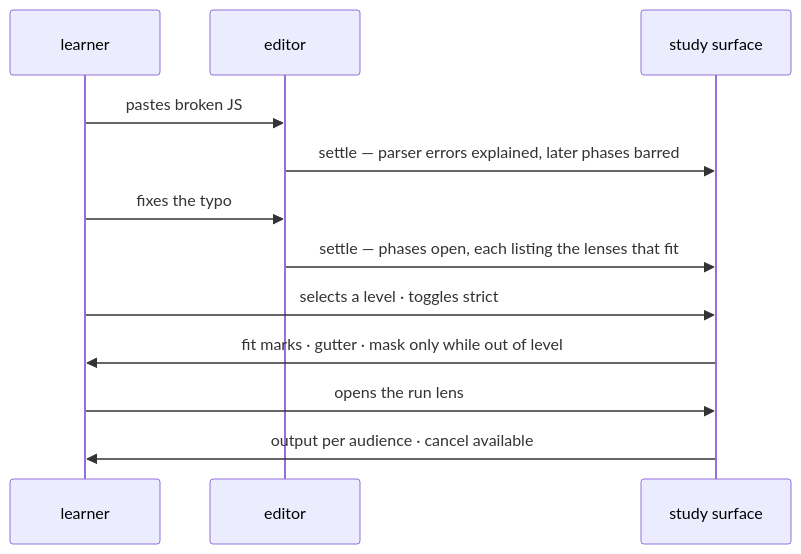
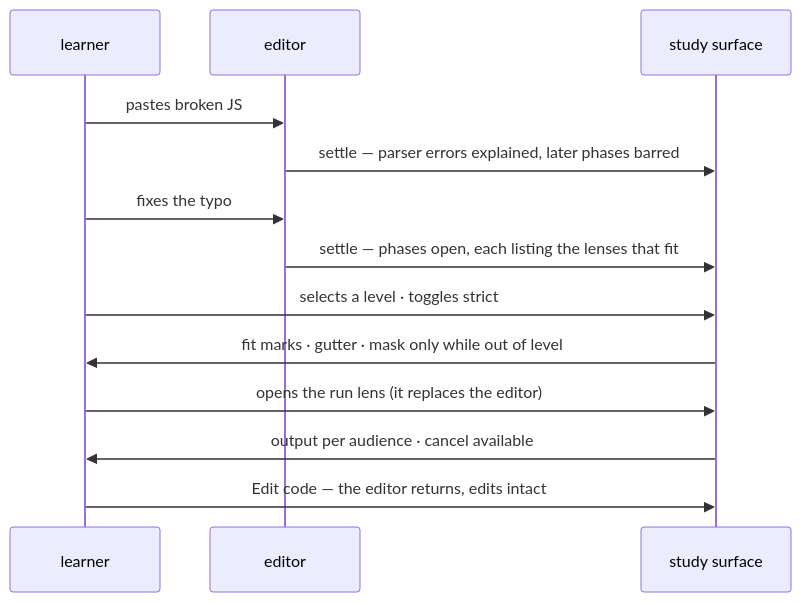
Before and after one commit to codeschoolinabox/curricula: the second of 2 diagrams in src/lib/study-lenses/WORKFLOWS.md, drawn with Mermaid. The commit also changed other lines of this file and 9 other files, not shown here.

````diff
--- a/src/lib/study-lenses/WORKFLOWS.md
+++ b/src/lib/study-lenses/WORKFLOWS.md
@@ -53,14 +53,15 @@
 ```mermaid
 sequenceDiagram
     participant L as learner
     participant E as editor
     participant S as study surface
     L->>E: pastes broken JS
     E->>S: settle — parser errors explained, later phases barred
     L->>E: fixes the typo
     E->>S: settle — phases open, each listing the lenses that fit
     L->>S: selects a level · toggles strict
     S->>L: fit marks · gutter · mask only while out of level
-    L->>S: opens the run lens
+    L->>S: opens the run lens (it replaces the editor)
     S->>L: output per audience · cancel available
+    L->>S: Edit code — the editor returns, edits intact
 ```
````
